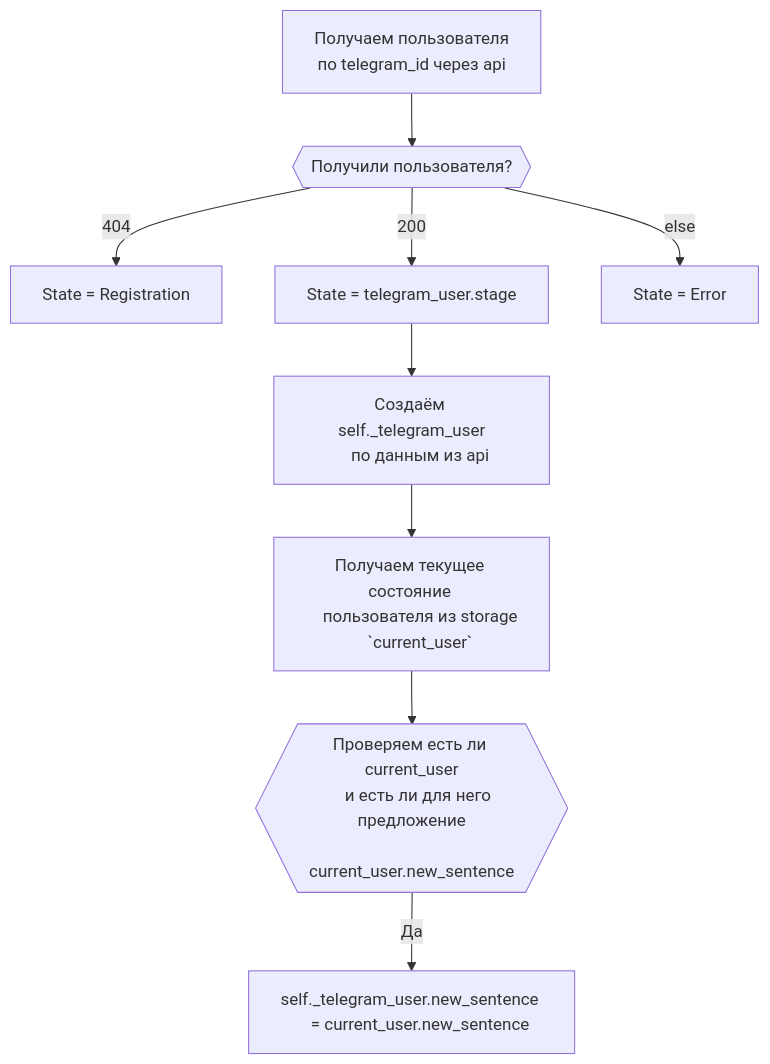
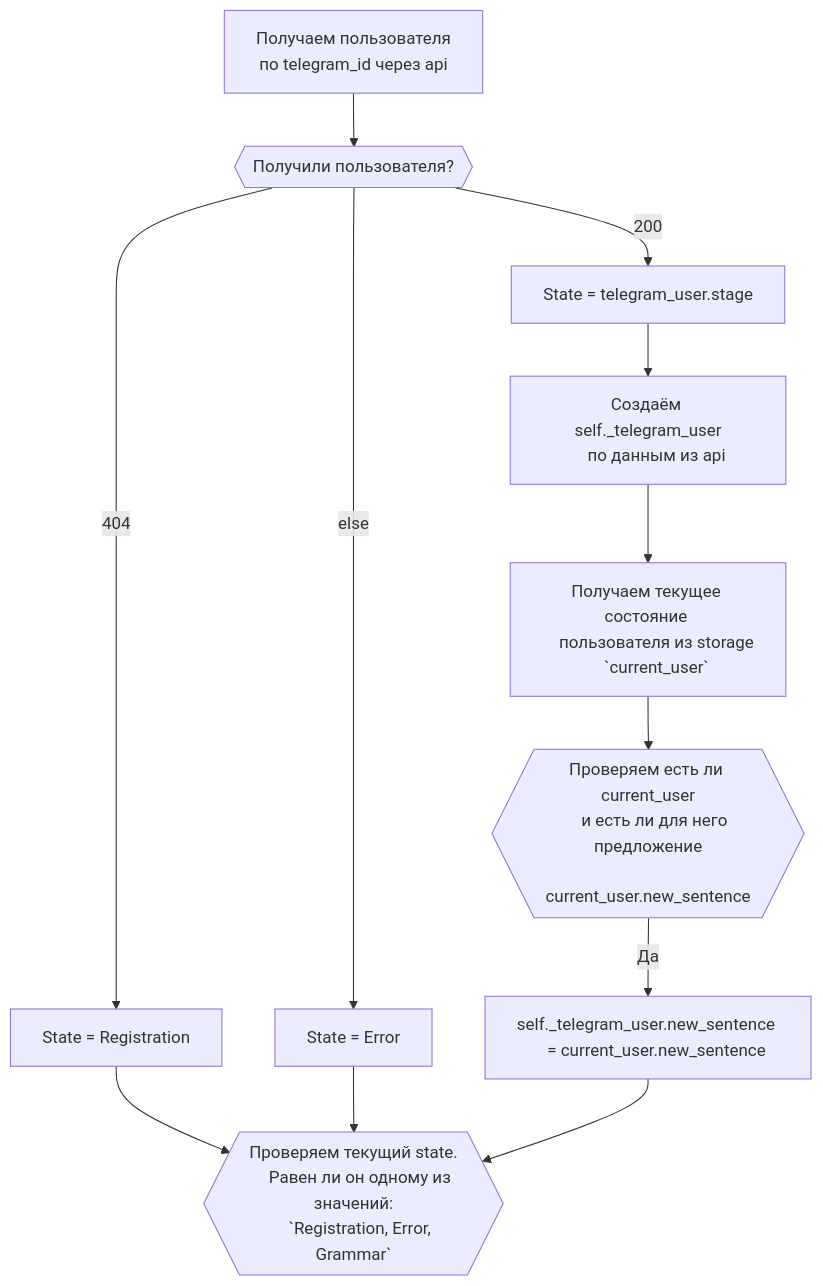
One commit to psgaiduk/learning_en_telegram_bot changed the diagram in documentation/middlewears_set_state.md. Above: the diagram before and after it, drawn with Mermaid.

Commit message:
docs(documentation): ad check_current_state in middlewears_set_state

````diff
--- a/documentation/middlewears_set_state.md
+++ b/documentation/middlewears_set_state.md
@@ -1,26 +1,33 @@
 ```mermaid
 graph TD;
     start[Получаем пользователя
     по telegram_id через api
     ] --> check_get_user{{Получили пользователя?}}
     check_get_user --> |404| user_not_found[State = Registration]
     check_get_user --> |200| user_found[State = telegram_user.stage]
     check_get_user --> |else| error_user[State = Error]
     user_found --> create_telegram_user[
     Создаём self._telegram_user
     по данным из api
     ]
     create_telegram_user --> get_current_telegram_user[
     Получаем текущее состояние 
     пользователя из storage
     `current_user`
     ]
     get_current_telegram_user --> check_current_user{{
     Проверяем есть ли current_user
     и есть ли для него предложение
     current_user.new_sentence
     }}
     check_current_user --> |Да| update_new_sentence[self._telegram_user.new_sentence 
     = current_user.new_sentence
     ]
+    user_not_found --> check_current_state{{
+    Проверяем текущий state.
+    Равен ли он одному из значений:
+    `Registration, Error, Grammar`
+    }}
+    error_user --> check_current_state
+    update_new_sentence --> check_current_state
 ```
````
